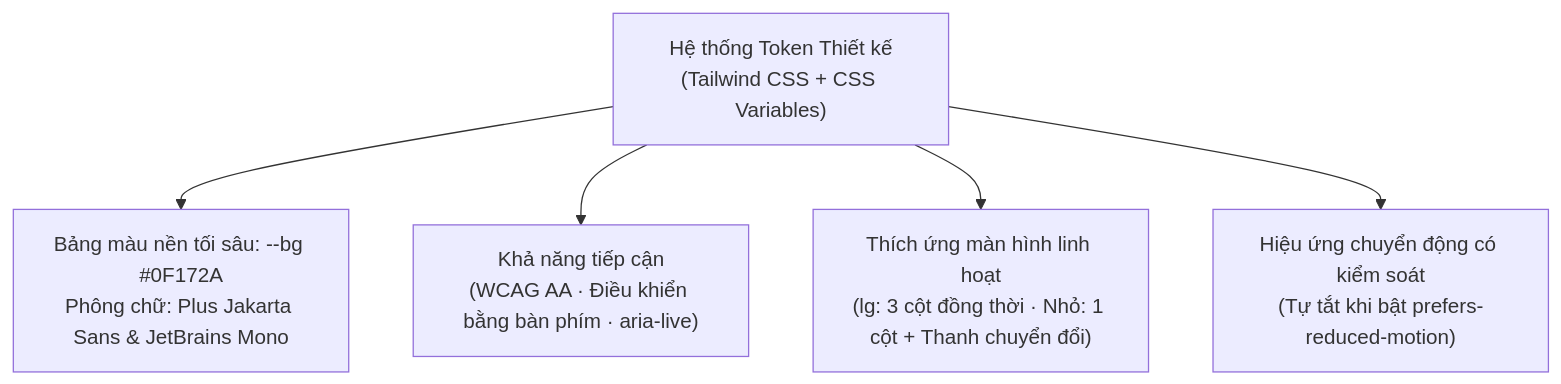
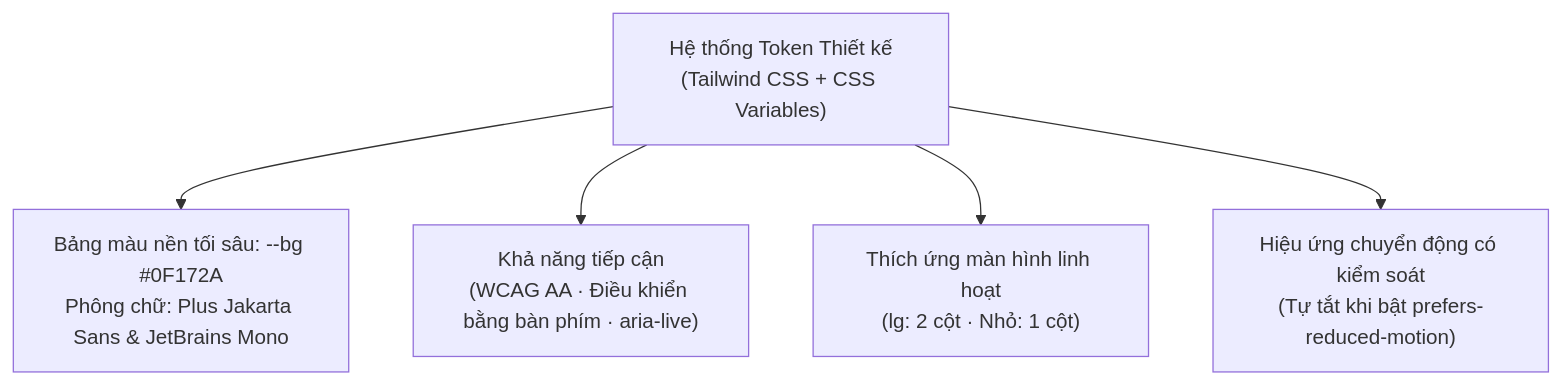
Before and after one commit to huynhthanhnhannnh-pixel/Hackathon_SGU: the ninth of 9 diagrams in doc-de-hieu/06_giao_dien.md, drawn with Mermaid. The commit also changed other lines of this file and 10 other files, not shown here.

````diff
--- a/doc-de-hieu/06_giao_dien.md
+++ b/doc-de-hieu/06_giao_dien.md
@@ -710,7 +689,7 @@
 ```mermaid
 flowchart TD
     CONFIG["Hệ thống Token Thiết kế<br/>(Tailwind CSS + CSS Variables)"] --> THEME["Bảng màu nền tối sâu: --bg #0F172A<br/>Phông chữ: Plus Jakarta Sans & JetBrains Mono"]
     CONFIG --> A11Y["Khả năng tiếp cận<br/>(WCAG AA · Điều khiển bằng bàn phím · aria-live)"]
-    CONFIG --> RESPONSIVE["Thích ứng màn hình linh hoạt<br/>(lg: 3 cột đồng thời · Nhỏ: 1 cột + Thanh chuyển đổi)"]
+    CONFIG --> RESPONSIVE["Thích ứng màn hình linh hoạt<br/>(lg: 2 cột · Nhỏ: 1 cột)"]
     CONFIG --> MOTION["Hiệu ứng chuyển động có kiểm soát<br/>(Tự tắt khi bật prefers-reduced-motion)"]
 ```
````
